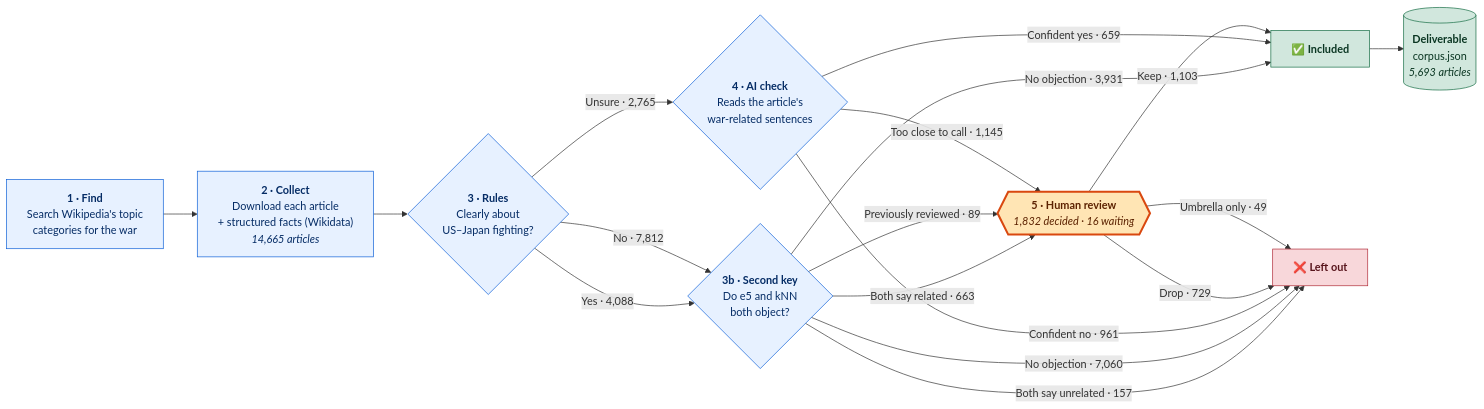
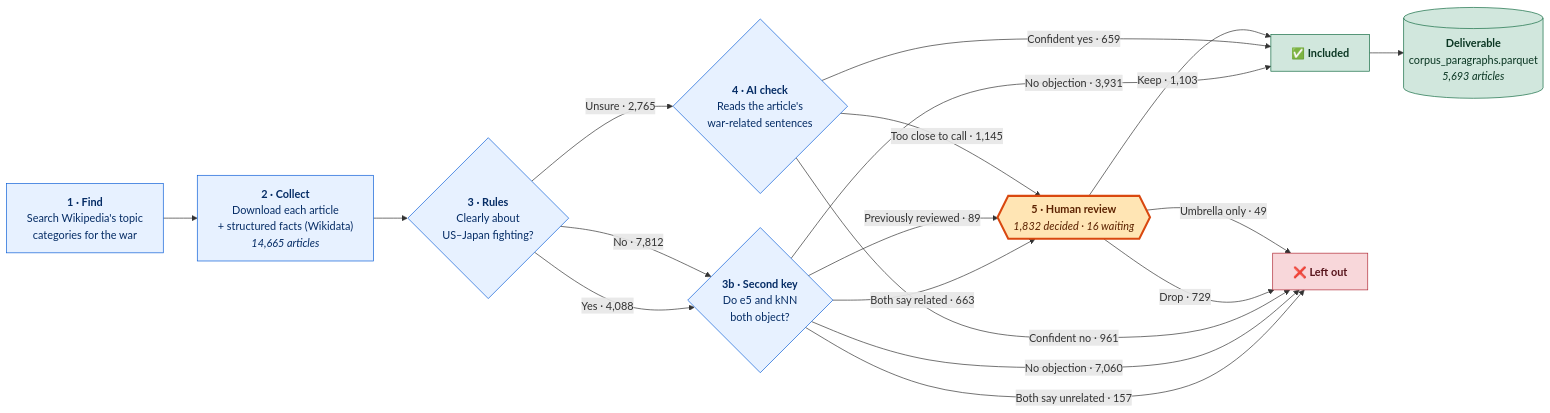
Before and after one commit to EtzionR/Corpus2GeoRAG_Pacific: the first of 2 diagrams in Processing/PIPELINE.md, drawn with Mermaid. The commit also changed other lines of this file and 4 other files, not shown here.

First line of the commit message:
Export the Corpus as corpus_paragraphs.parquet keyed by Wikidata id

````diff
--- a/Processing/PIPELINE.md
+++ b/Processing/PIPELINE.md
@@ -35,38 +35,38 @@
 ```mermaid
 flowchart LR
     FIND["<b>1 · Find</b><br/>Search Wikipedia's topic<br/>categories for the war"]
     COLLECT["<b>2 · Collect</b><br/>Download each article<br/>+ structured facts (Wikidata)<br/><i>14,665 articles</i>"]
     RULES{"<b>3 · Rules</b><br/>Clearly about<br/>US–Japan fighting?"}
     KEY{"<b>3b · Second key</b><br/>Do e5 and kNN<br/>both object?"}
     AI{"<b>4 · AI check</b><br/>Reads the article's<br/>war-related sentences"}
     HUMAN{{"<b>5 · Human review</b><br/><i>1,832 decided · 16 waiting</i>"}}
     IN["✅ <b>Included</b>"]
     OUT["❌ <b>Left out</b>"]
-    DELIVER[("<b>Deliverable</b><br/>corpus.json<br/><i>5,693 articles</i>")]
+    DELIVER[("<b>Deliverable</b><br/>corpus_paragraphs.parquet<br/><i>5,693 articles</i>")]
 
     FIND --> COLLECT --> RULES
     RULES -- "Yes · 4,088" --> KEY
     RULES -- "No · 7,812" --> KEY
     KEY -- "No objection · 3,931" --> IN
     KEY -- "Both say unrelated · 157" --> OUT
     KEY -- "No objection · 7,060" --> OUT
     KEY -- "Both say related · 663" --> HUMAN
     KEY -- "Previously reviewed · 89" --> HUMAN
     RULES -- "Unsure · 2,765" --> AI
     AI -- "Confident yes · 659" --> IN
     AI -- "Confident no · 961" --> OUT
     AI -- "Too close to call · 1,145" --> HUMAN
     HUMAN -- "Keep · 1,103" --> IN
     HUMAN -- "Drop · 729" --> OUT
     HUMAN -- "Umbrella only · 49" --> OUT
     IN --> DELIVER
 
     classDef step fill:#e7f1ff,stroke:#0b5ed7,color:#052c65
     classDef human fill:#ffe5b4,stroke:#d9480f,color:#5c2200,stroke-width:3px
     classDef good fill:#d1e7dd,stroke:#146c43,color:#0a3622
     classDef bad fill:#f8d7da,stroke:#b02a37,color:#58151c
     class FIND,COLLECT,RULES,KEY,AI step
     class HUMAN human
     class IN,DELIVER good
     class OUT bad
 ```
````
